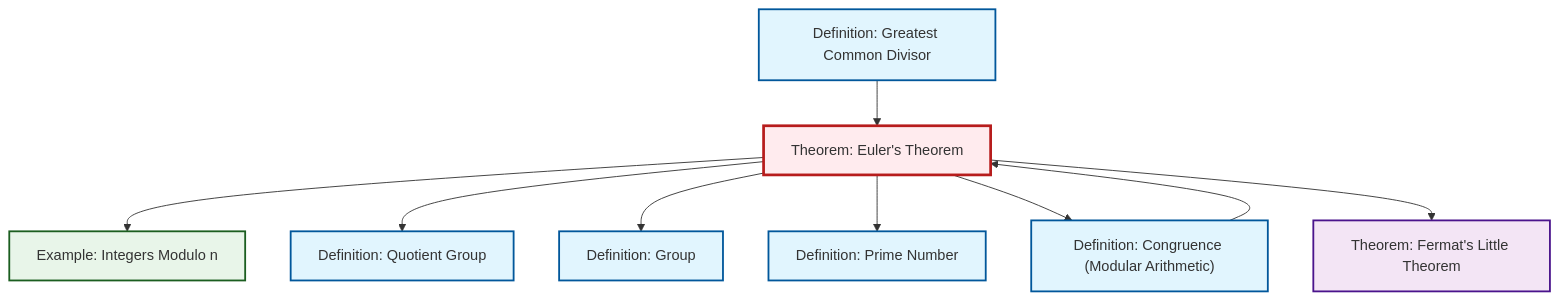
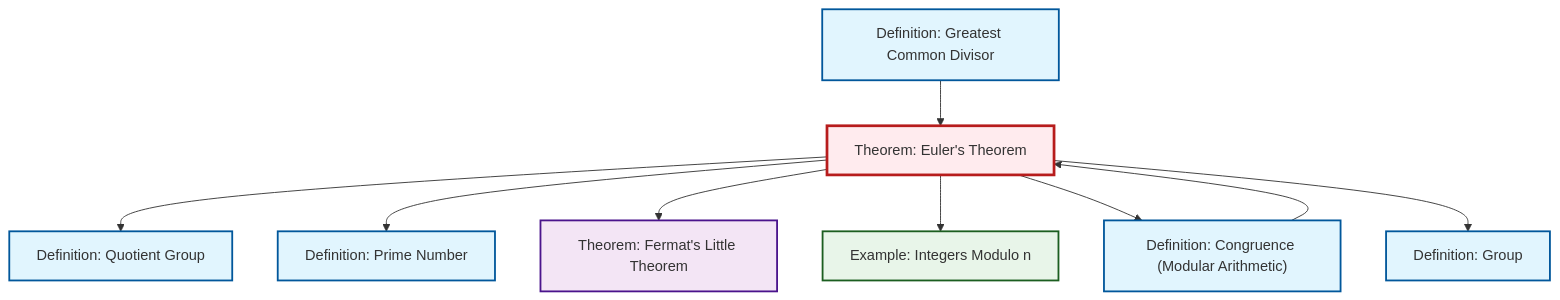
One commit to RK0429/ModernMath changed the diagram in content/en/number-theory/thm-euler.qmd. Above: the diagram before and after it, drawn with Mermaid. The commit also changed other lines of this file and 531 other files, not shown here.

````diff
--- a/content/en/number-theory/thm-euler.qmd
+++ b/content/en/number-theory/thm-euler.qmd
@@ -53,33 +53,33 @@
 ```{mermaid}
 %%| fig-cap: "Local dependency graph"
 graph TD
     classDef definition fill:#e1f5fe,stroke:#01579b,stroke-width:2px
     classDef theorem fill:#f3e5f5,stroke:#4a148c,stroke-width:2px
     classDef axiom fill:#fff3e0,stroke:#e65100,stroke-width:2px
     classDef example fill:#e8f5e9,stroke:#1b5e20,stroke-width:2px
     classDef current fill:#ffebee,stroke:#b71c1c,stroke-width:3px
-    def-prime["Definition: Prime Number"]:::definition
+    def-quotient-group["Definition: Quotient Group"]:::definition
+    thm-euler["Theorem: Euler's Theorem"]:::theorem
+    thm-fermat-little["Theorem: Fermat's Little Theorem"]:::theorem
+    def-congruence["Definition: Congruence (Modular Arithmetic)"]:::definition
+    def-group["Definition: Group"]:::definition
     def-gcd["Definition: Greatest Common Divisor"]:::definition
     ex-quotient-integers-mod-n["Example: Integers Modulo n"]:::example
-    def-quotient-group["Definition: Quotient Group"]:::definition
-    def-group["Definition: Group"]:::definition
-    def-congruence["Definition: Congruence (Modular Arithmetic)"]:::definition
-    thm-euler["Theorem: Euler's Theorem"]:::theorem
-    thm-fermat-little["Theorem: Fermat's Little Theorem"]:::theorem
-    thm-euler --> ex-quotient-integers-mod-n
-    def-congruence --> thm-euler
+    def-prime["Definition: Prime Number"]:::definition
     thm-euler --> def-quotient-group
-    thm-euler --> def-group
     def-gcd --> thm-euler
     thm-euler --> def-prime
+    thm-euler --> thm-fermat-little
+    thm-euler --> ex-quotient-integers-mod-n
     thm-euler --> def-congruence
-    thm-euler --> thm-fermat-little
+    def-congruence --> thm-euler
+    thm-euler --> def-group
     class thm-euler current
-    click def-prime "def-prime.html" "Go to Prime Number definition"
+    click def-quotient-group "def-quotient-group.html" "Go to Quotient Group definition"
+    click thm-fermat-little "thm-fermat-little.html" "Go to Fermat's Little Theorem theorem"
+    click def-congruence "def-congruence.html" "Go to Congruence (Modular Arithmetic) definition"
+    click def-group "def-group.html" "Go to Group definition"
     click def-gcd "def-gcd.html" "Go to Greatest Common Divisor definition"
     click ex-quotient-integers-mod-n "ex-quotient-integers-mod-n.html" "Go to Integers Modulo n example"
-    click def-quotient-group "def-quotient-group.html" "Go to Quotient Group definition"
-    click def-group "def-group.html" "Go to Group definition"
-    click def-congruence "def-congruence.html" "Go to Congruence (Modular Arithmetic) definition"
-    click thm-fermat-little "thm-fermat-little.html" "Go to Fermat's Little Theorem theorem"
+    click def-prime "def-prime.html" "Go to Prime Number definition"
 ```
````
